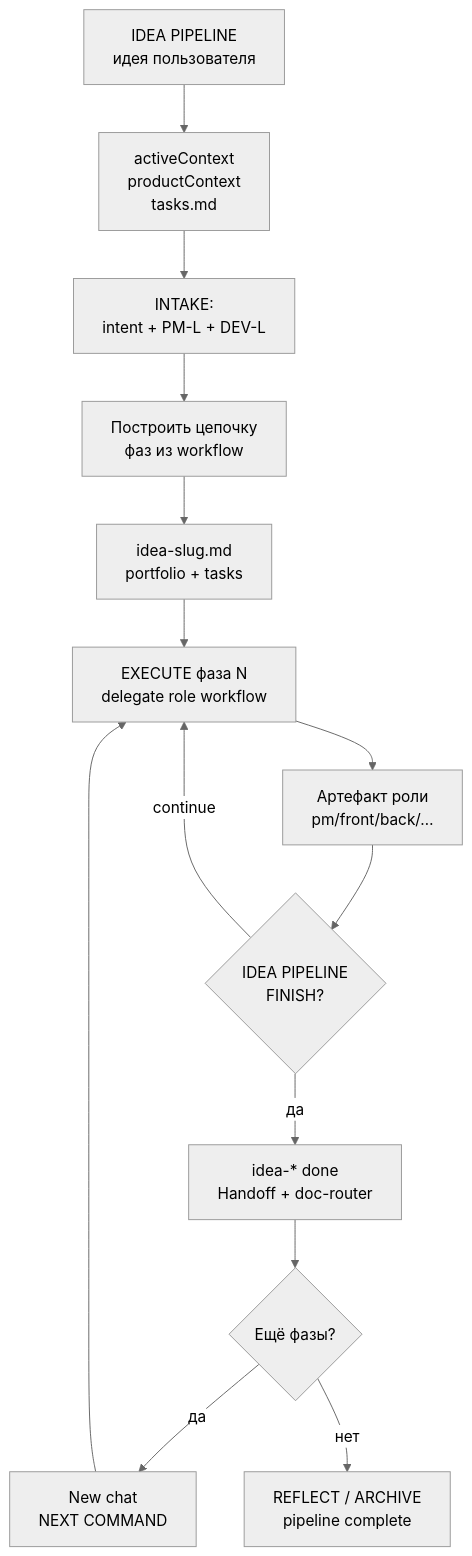
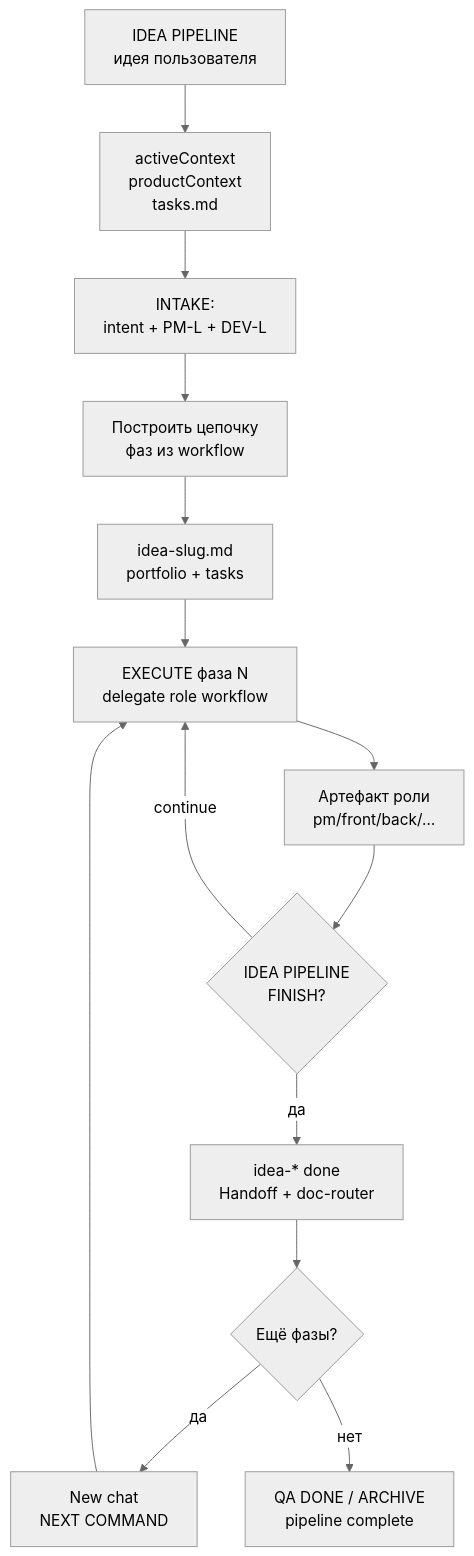
One commit to aeroalgo/dev-hub changed the first of 2 diagrams in harness/cursor/rules/shared/visual-maps/idea-pipeline-mode-map.mdc. Above: the diagram before and after it, drawn with Mermaid (neutral theme). The commit also changed 79 other files, not shown here.

````diff
--- a/harness/cursor/rules/shared/visual-maps/idea-pipeline-mode-map.mdc
+++ b/harness/cursor/rules/shared/visual-maps/idea-pipeline-mode-map.mdc
@@ -12,16 +12,16 @@
 ```mermaid
 graph TD
     Start["IDEA PIPELINE<br>идея пользователя"] --> Read["activeContext<br>productContext<br>tasks.md"]
     Read --> Classify["INTAKE:<br>intent + PM-L + DEV-L"]
     Classify --> Build["Построить цепочку<br>фаз из workflow"]
     Build --> Save["idea-slug.md<br>portfolio + tasks"]
     Save --> Exec["EXECUTE фаза N<br>delegate role workflow"]
     Exec --> Artifact["Артефакт роли<br>pm/front/back/…"]
     Artifact --> Finish{"IDEA PIPELINE<br>FINISH?"}
     Finish -->|да| Update["idea-* done<br>Handoff + doc-router"]
     Update --> More{"Ещё фазы?"}
     More -->|да| NewChat["New chat<br>NEXT COMMAND"]
     NewChat --> Exec
-    More -->|нет| Done["REFLECT / ARCHIVE<br>pipeline complete"]
+    More -->|нет| Done["QA DONE / ARCHIVE<br>pipeline complete"]
     Finish -->|continue| Exec
 ```
````
